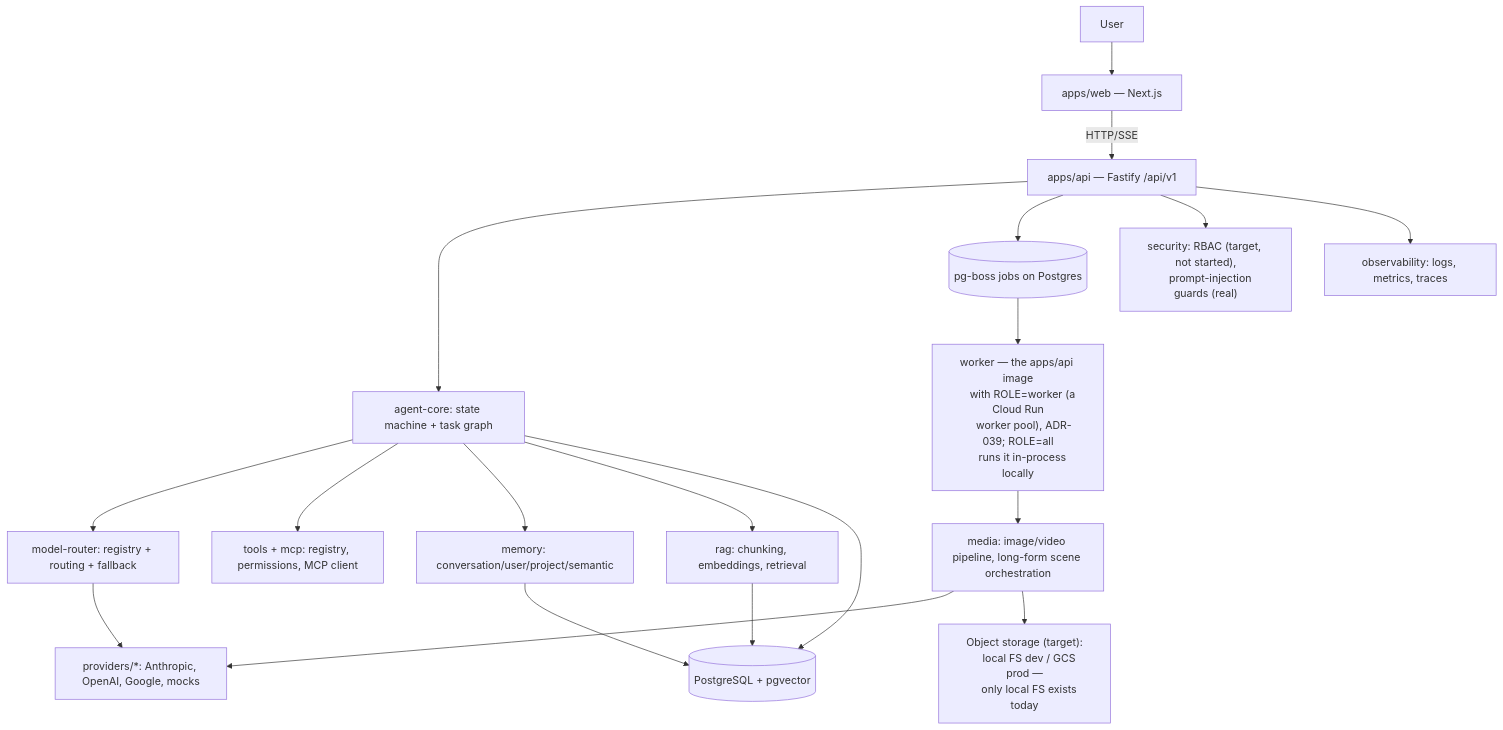
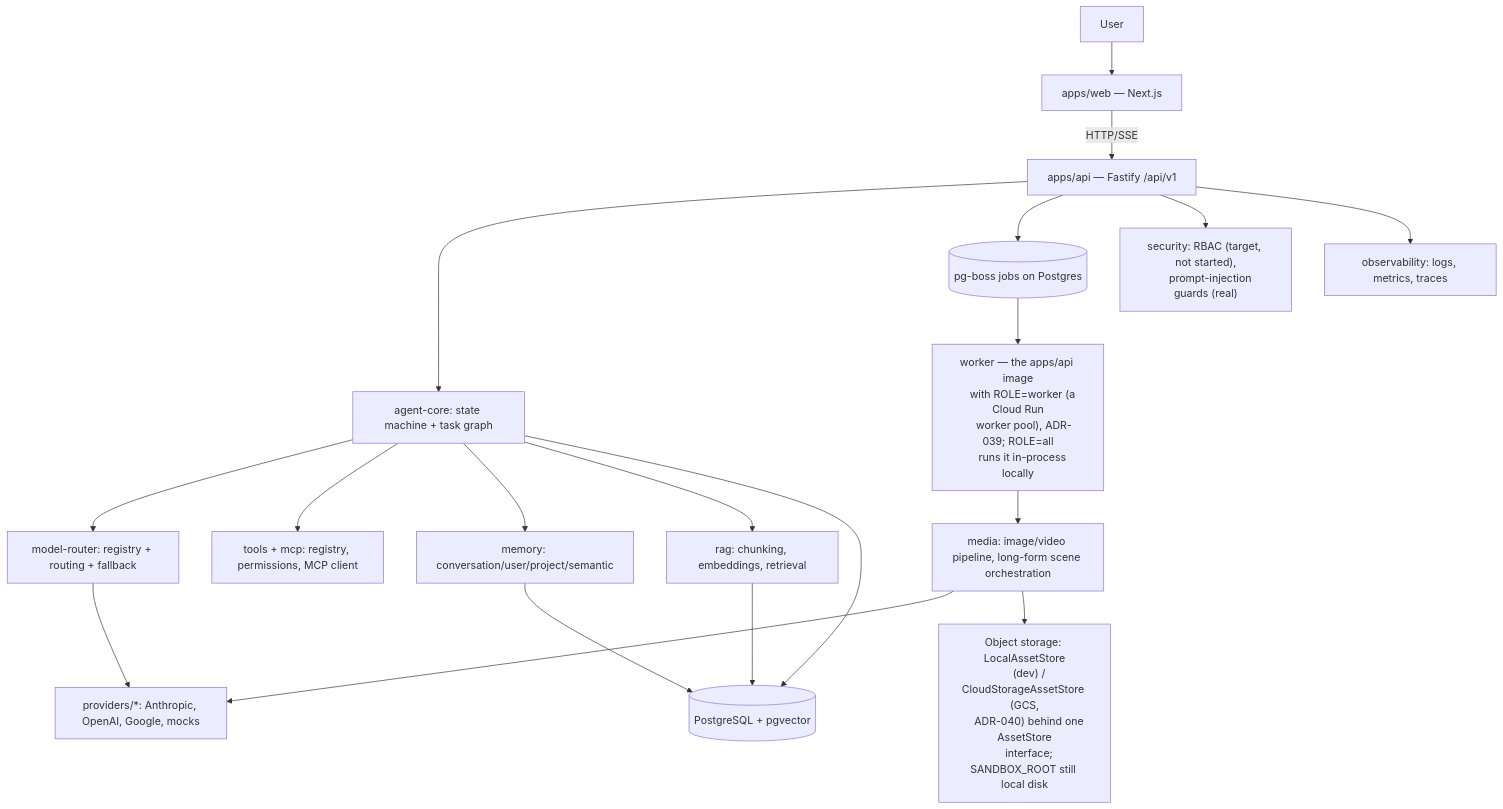
The diagram in docs/30_FINAL_SYSTEM_SPEC.md (zolex12770/Smart-AI-Module), drawn with Mermaid before and after one commit. The commit also changed other lines of this file and 26 other files, not shown here.

````diff
--- a/docs/30_FINAL_SYSTEM_SPEC.md
+++ b/docs/30_FINAL_SYSTEM_SPEC.md
@@ -11,27 +11,28 @@
 ```mermaid
 flowchart TD
   user[User] --> web[apps/web — Next.js]
   web -->|HTTP/SSE| api[apps/api — Fastify /api/v1]
   api --> agentcore[agent-core: state machine + task graph]
   agentcore --> router[model-router: registry + routing + fallback]
   router --> providers[providers/*: Anthropic, OpenAI, Google, mocks]
   agentcore --> tools[tools + mcp: registry, permissions, MCP client]
   agentcore --> memory[memory: conversation/user/project/semantic]
   agentcore --> rag[rag: chunking, embeddings, retrieval]
   api --> jobs[(pg-boss jobs on Postgres)]
   jobs --> worker["worker — the apps/api image
     with ROLE=worker (a Cloud Run
     worker pool), ADR-039; ROLE=all
     runs it in-process locally"]
   worker --> media[media: image/video pipeline, long-form scene orchestration]
   media --> providers
   memory --> db[(PostgreSQL + pgvector)]
   rag --> db
   agentcore --> db
-  media --> storage["Object storage (target):
-    local FS dev / GCS prod —
-    only local FS exists today"]
+  media --> storage["Object storage: LocalAssetStore
+    (dev) / CloudStorageAssetStore (GCS,
+    ADR-040) behind one AssetStore
+    interface; SANDBOX_ROOT still local disk"]
   api --> security["security: RBAC (target, not started),
     prompt-injection guards (real)"]
   api --> observability[observability: logs, metrics, traces]
 ```
````
